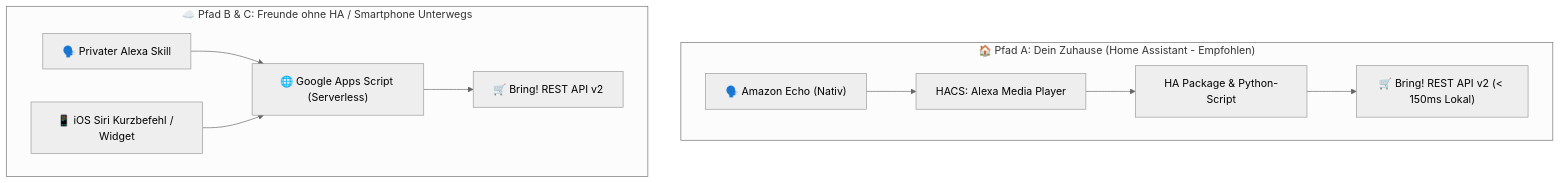
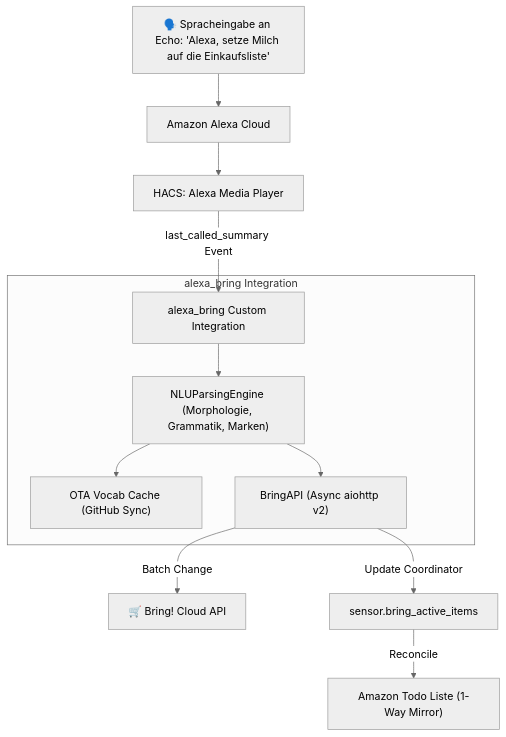
Before and after one commit to springer-homelab/alexa-bring-sync: the diagram in README.md, drawn with Mermaid (neutral theme). The commit also changed other lines of this file and 10 other files, not shown here.

Commit message:
docs: rewrite README for native custom component, remove legacy Google Apps Script & Alexa Skill

````diff
--- a/README.md
+++ b/README.md
@@ -27,14 +72,16 @@
 ```mermaid
-graph TD
-    subgraph PathA ["🏠 Pfad A: Dein Zuhause (Home Assistant - Empfohlen)"]
-        Echo1["🗣️ Amazon Echo (Nativ)"] --> AMP["HACS: Alexa Media Player"]
-        AMP --> Pkg["HA Package & Python-Script"]
-        Pkg --> DirectBring["🛒 Bring! REST API v2 (< 150ms Lokal)"]
+flowchart TD
+    A["🗣️ Spracheingabe an Echo: 'Alexa, setze Milch auf die Einkaufsliste'"] --> B["Amazon Alexa Cloud"]
+    B --> C["HACS: Alexa Media Player"]
+    C -->|last_called_summary Event| D["alexa_bring Custom Integration"]
+    
+    subgraph AlexaBring ["alexa_bring Integration"]
+        D --> E["NLUParsingEngine (Morphologie, Grammatik, Marken)"]
+        E --> F["OTA Vocab Cache (GitHub Sync)"]
+        E --> G["BringAPI (Async aiohttp v2)"]
     end
-
-    subgraph PathBC ["☁️ Pfad B & C: Freunde ohne HA / Smartphone Unterwegs"]
-        Skill["🗣️ Privater Alexa Skill"] --> GAS["🌐 Google Apps Script (Serverless)"]
-        Siri["📱 iOS Siri Kurzbefehl / Widget"] --> GAS
-        GAS --> CloudBring["🛒 Bring! REST API v2"]
-    end
+    
+    G -->|Batch Change| H["🛒 Bring! Cloud API"]
+    G -->|Update Coordinator| I["sensor.bring_active_items"]
+    I -->|Reconcile| J["Amazon Todo Liste (1-Way Mirror)"]
 ```
````
